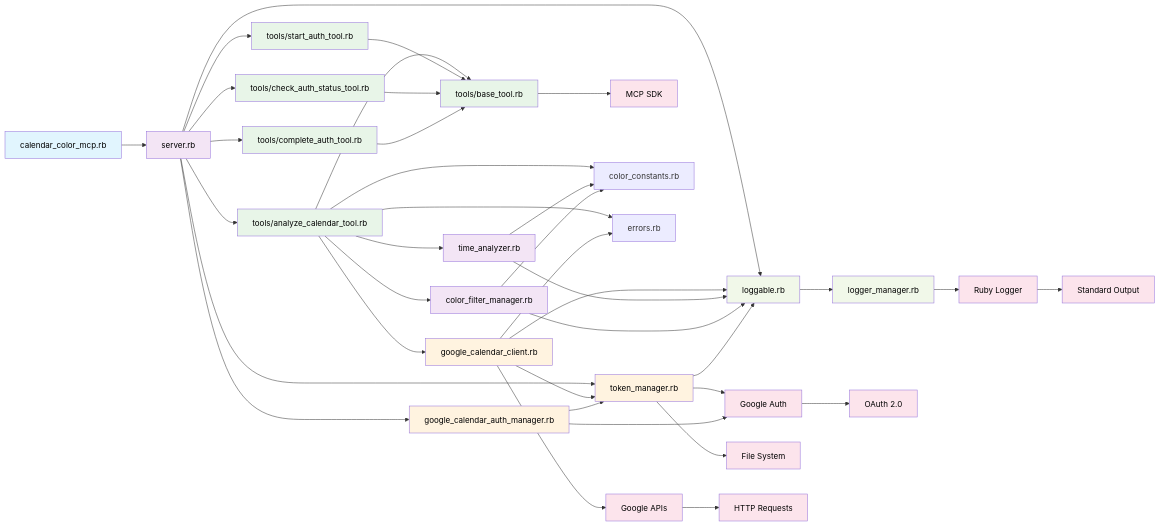
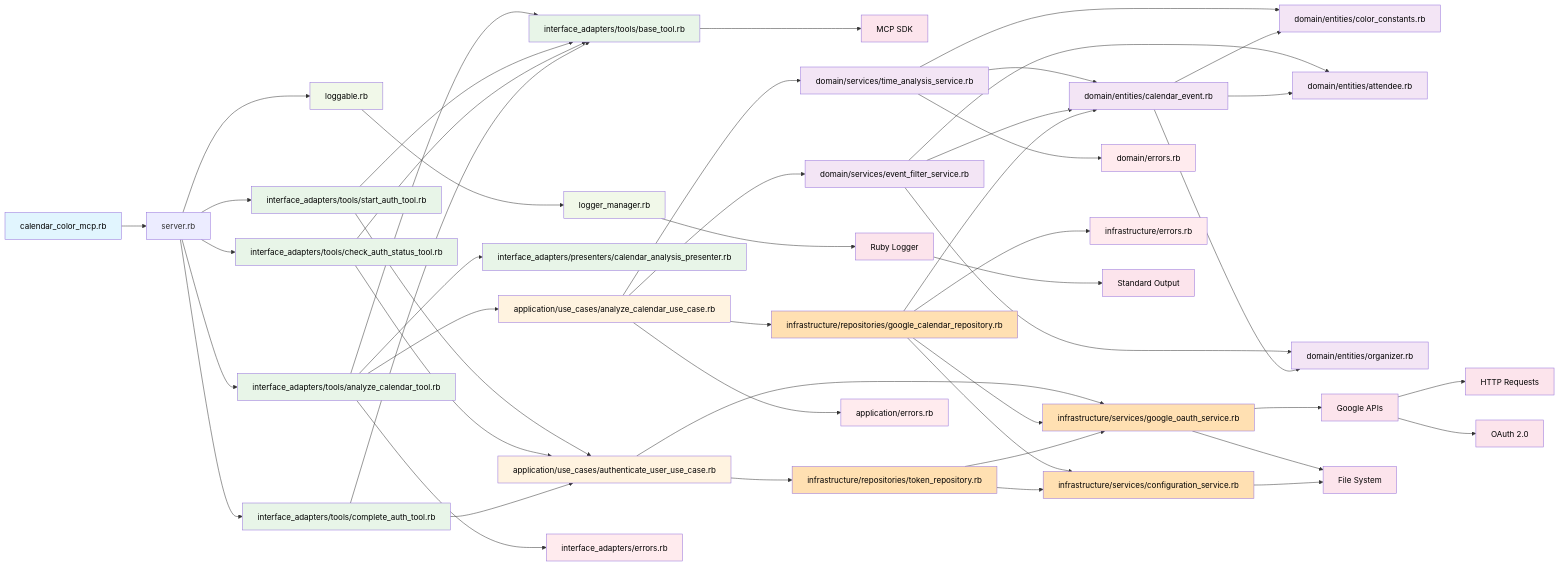
Before and after one commit to talasago/gcal-color-time-tracker-mcp: the diagram in docs/lib-dependencies.md, drawn with Mermaid. The commit also changed other lines of this file, not shown here.

Commit message:
docs: update dependency paths and enhance architecture documentation

````diff
--- a/docs/lib-dependencies.md
+++ b/docs/lib-dependencies.md
@@ -7,71 +7,83 @@
     
     %% Server Dependencies
     Server --> Loggable[loggable.rb]
-    Server --> TokenManager[token_manager.rb]
-    Server --> AuthManager[google_calendar_auth_manager.rb]
-    Server --> AnalyzeTool[tools/analyze_calendar_tool.rb]
-    Server --> StartAuthTool[tools/start_auth_tool.rb]
-    Server --> CheckAuthTool[tools/check_auth_status_tool.rb]
-    Server --> CompleteAuthTool[tools/complete_auth_tool.rb]
+    Server --> AnalyzeTool[interface_adapters/tools/analyze_calendar_tool.rb]
+    Server --> StartAuthTool[interface_adapters/tools/start_auth_tool.rb]
+    Server --> CheckAuthTool[interface_adapters/tools/check_auth_status_tool.rb]
+    Server --> CompleteAuthTool[interface_adapters/tools/complete_auth_tool.rb]
     
     %% Tool Base Class
-    BaseTool[tools/base_tool.rb] --> MCP[MCP SDK]
+    BaseTool[interface_adapters/tools/base_tool.rb] --> MCP[MCP SDK]
     AnalyzeTool --> BaseTool
     StartAuthTool --> BaseTool
     CheckAuthTool --> BaseTool
     CompleteAuthTool --> BaseTool
     
-    %% Analyze Tool Dependencies
-    AnalyzeTool --> GoogleCalendarClient[google_calendar_client.rb]
-    AnalyzeTool --> TimeAnalyzer[time_analyzer.rb]
-    AnalyzeTool --> ColorFilterManager[color_filter_manager.rb]
-    AnalyzeTool --> ColorConstants[color_constants.rb]
-    AnalyzeTool --> Errors[errors.rb]
+    %% Interface Adapters Layer
+    AnalyzeTool --> AnalyzeUseCase[application/use_cases/analyze_calendar_use_case.rb]
+    AnalyzeTool --> CalendarAnalysisPresenter[interface_adapters/presenters/calendar_analysis_presenter.rb]
+    StartAuthTool --> AuthenticateUseCase[application/use_cases/authenticate_user_use_case.rb]
+    CheckAuthTool --> AuthenticateUseCase
+    CompleteAuthTool --> AuthenticateUseCase
     
-    %% Google Calendar Client Dependencies
-    GoogleCalendarClient --> Loggable
-    GoogleCalendarClient --> TokenManager
-    GoogleCalendarClient --> Errors
-    GoogleCalendarClient --> GoogleAPI[Google APIs]
+    %% Application Layer
+    AnalyzeUseCase --> GoogleCalendarRepo[infrastructure/repositories/google_calendar_repository.rb]
+    AnalyzeUseCase --> TimeAnalysisService[domain/services/time_analysis_service.rb]
+    AnalyzeUseCase --> EventFilterService[domain/services/event_filter_service.rb]
+    AuthenticateUseCase --> TokenRepo[infrastructure/repositories/token_repository.rb]
+    AuthenticateUseCase --> GoogleOAuthService[infrastructure/services/google_oauth_service.rb]
     
-    %% Time Analyzer Dependencies
-    TimeAnalyzer --> Loggable
-    TimeAnalyzer --> ColorConstants
+    %% Domain Layer
+    TimeAnalysisService --> ColorConstants[domain/entities/color_constants.rb]
+    TimeAnalysisService --> CalendarEvent[domain/entities/calendar_event.rb]
+    EventFilterService --> CalendarEvent
+    EventFilterService --> Attendee[domain/entities/attendee.rb]
+    EventFilterService --> Organizer[domain/entities/organizer.rb]
+    CalendarEvent --> ColorConstants
+    CalendarEvent --> Attendee
+    CalendarEvent --> Organizer
     
-    %% Color Filter Manager Dependencies
-    ColorFilterManager --> Loggable
-    ColorFilterManager --> ColorConstants
+    %% Infrastructure Layer
+    GoogleCalendarRepo --> GoogleOAuthService
+    GoogleCalendarRepo --> ConfigurationService[infrastructure/services/configuration_service.rb]
+    GoogleCalendarRepo --> CalendarEvent
+    TokenRepo --> GoogleOAuthService
+    TokenRepo --> ConfigurationService
+    GoogleOAuthService --> GoogleAPI[Google APIs]
+    GoogleOAuthService --> FileSystem[File System]
+    ConfigurationService --> FileSystem
     
-    %% Token Manager Dependencies
-    TokenManager --> Loggable
-    TokenManager --> GoogleAuth[Google Auth]
-    TokenManager --> FileSystem[File System]
-    
-    %% Logging System Dependencies
+    %% Logging System
     Loggable --> LoggerManager[logger_manager.rb]
     LoggerManager --> Logger[Ruby Logger]
     
-    %% Auth Manager Dependencies (inferred)
-    AuthManager --> TokenManager
-    AuthManager --> GoogleAuth
+    %% Error Handling
+    AnalyzeTool --> InterfaceErrors[interface_adapters/errors.rb]
+    AnalyzeUseCase --> ApplicationErrors[application/errors.rb]
+    TimeAnalysisService --> DomainErrors[domain/errors.rb]
+    GoogleCalendarRepo --> InfrastructureErrors[infrastructure/errors.rb]
     
     %% External Dependencies
     GoogleAPI --> HTTP[HTTP Requests]
-    GoogleAuth --> OAuth[OAuth 2.0]
+    GoogleAPI --> OAuth[OAuth 2.0]
     Logger --> STDOUT[Standard Output]
     
     %% Styling
     classDef entryPoint fill:#e1f5fe,color:#000
-    classDef core fill:#f3e5f5,color:#000
-    classDef tools fill:#e8f5e8,color:#000
-    classDef managers fill:#fff3e0,color:#000
+    classDef interfaceAdapters fill:#e8f5e8,color:#000
+    classDef application fill:#fff3e0,color:#000
+    classDef domain fill:#f3e5f5,color:#000
+    classDef infrastructure fill:#ffe0b2,color:#000
     classDef logging fill:#f1f8e9,color:#000
+    classDef errors fill:#ffebee,color:#000
     classDef external fill:#fce4ec,color:#000
     
     class Main entryPoint
-    class Server,TimeAnalyzer,ColorFilterManager core
-    class AnalyzeTool,StartAuthTool,CheckAuthTool,CompleteAuthTool,BaseTool tools
-    class TokenManager,AuthManager,GoogleCalendarClient managers
+    class AnalyzeTool,StartAuthTool,CheckAuthTool,CompleteAuthTool,BaseTool,CalendarAnalysisPresenter interfaceAdapters
+    class AnalyzeUseCase,AuthenticateUseCase application
+    class TimeAnalysisService,EventFilterService,CalendarEvent,ColorConstants,Attendee,Organizer domain
+    class GoogleCalendarRepo,TokenRepo,GoogleOAuthService,ConfigurationService infrastructure
     class Loggable,LoggerManager logging
-    class MCP,GoogleAPI,GoogleAuth,FileSystem,HTTP,OAuth,Logger,STDOUT external
+    class InterfaceErrors,ApplicationErrors,DomainErrors,InfrastructureErrors errors
+    class MCP,GoogleAPI,FileSystem,HTTP,OAuth,Logger,STDOUT external
 ```
````
